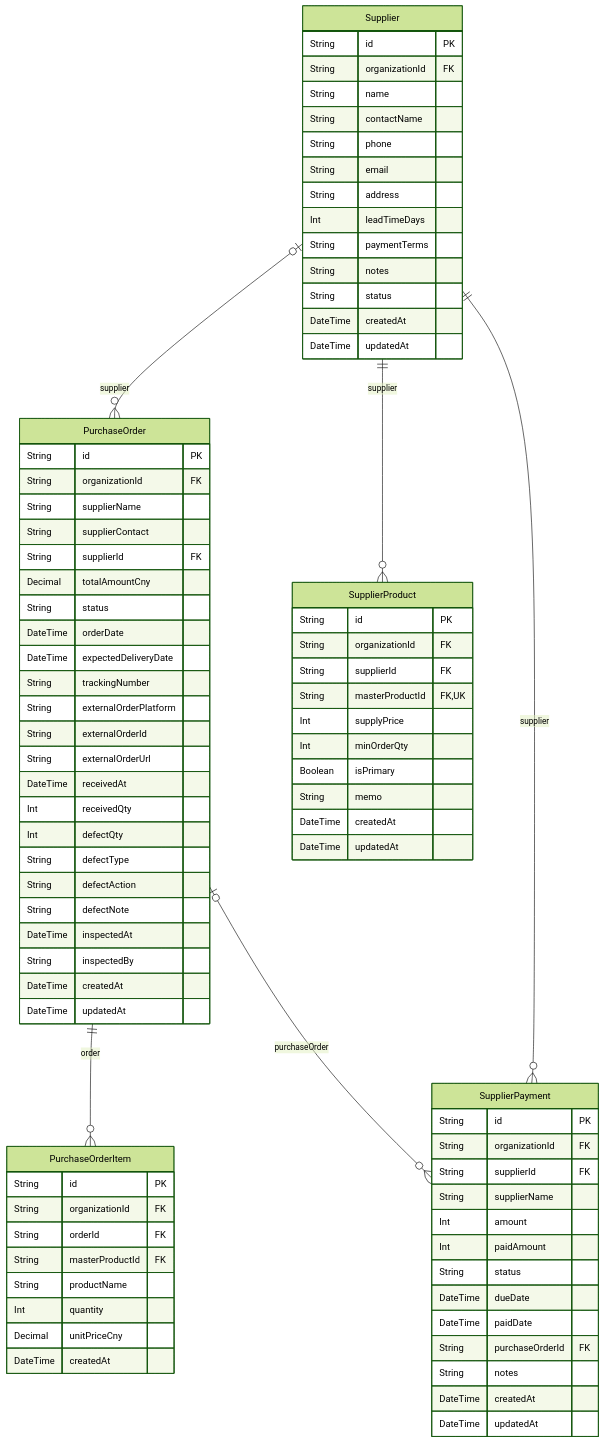
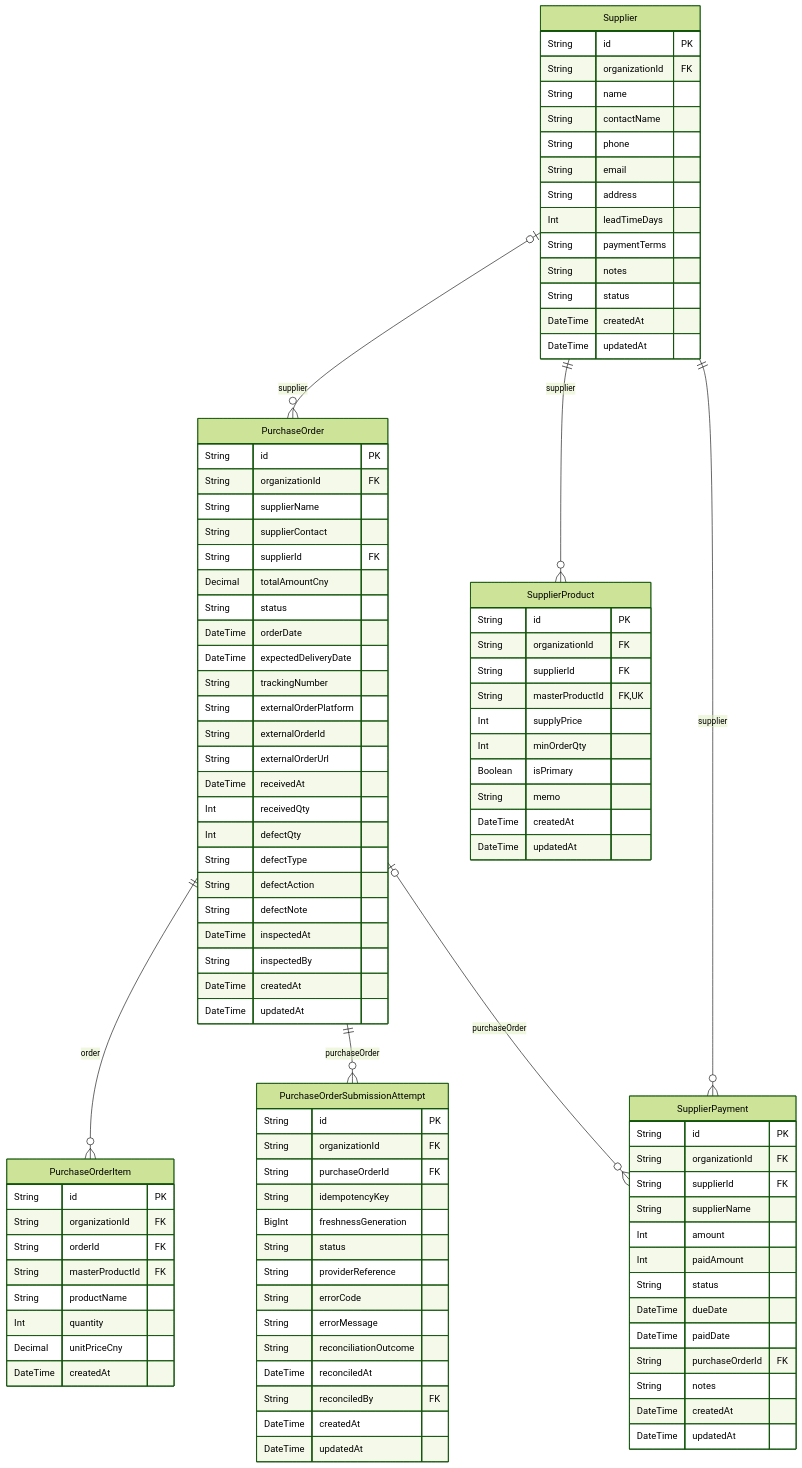
The diagram in docs/erd/supply.md (AgentFoundry-Labs/kiditem), drawn with Mermaid (forest theme) before and after one commit. The commit also changed other lines of this file and 19 other files, not shown here.

```diff
--- a/docs/erd/supply.md
+++ b/docs/erd/supply.md
@@ -53,6 +54,22 @@
     Int quantity
     Decimal unitPriceCny
     DateTime createdAt
+  }
+  PurchaseOrderSubmissionAttempt {
+    String id PK
+    String organizationId FK
+    String purchaseOrderId FK
+    String idempotencyKey
+    BigInt freshnessGeneration
+    String status
+    String providerReference
+    String errorCode
+    String errorMessage
+    String reconciliationOutcome
+    DateTime reconciledAt
+    String reconciledBy FK
+    DateTime createdAt
+    DateTime updatedAt
   }
   Supplier {
     String id PK
@@ -97,6 +114,7 @@
     DateTime updatedAt
   }
   PurchaseOrder ||--o{ PurchaseOrderItem : "order"
+  PurchaseOrder ||--o{ PurchaseOrderSubmissionAttempt : "purchaseOrder"
   PurchaseOrder o|--o{ SupplierPayment : "purchaseOrder"
   Supplier o|--o{ PurchaseOrder : "supplier"
   Supplier ||--o{ SupplierPayment : "supplier"
```
